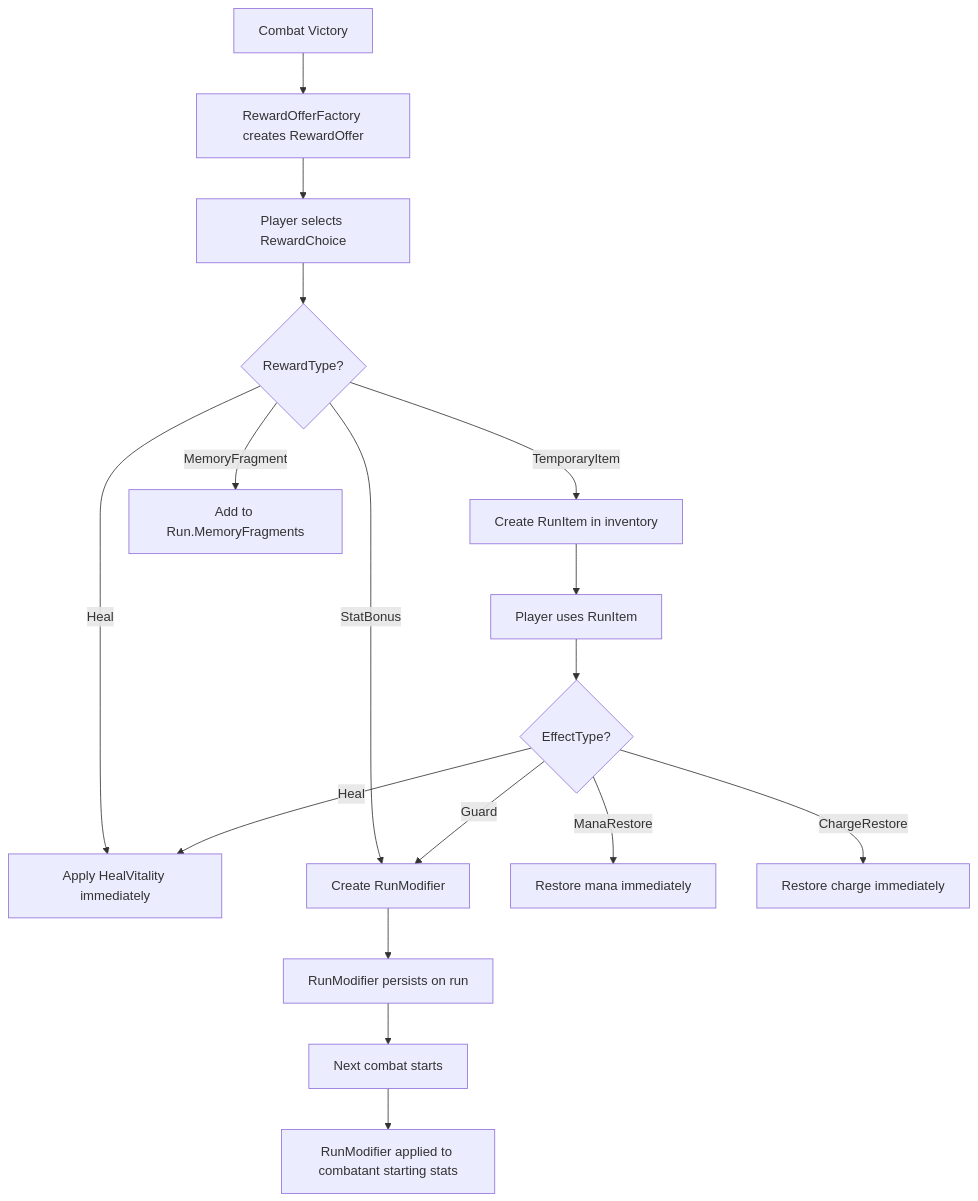
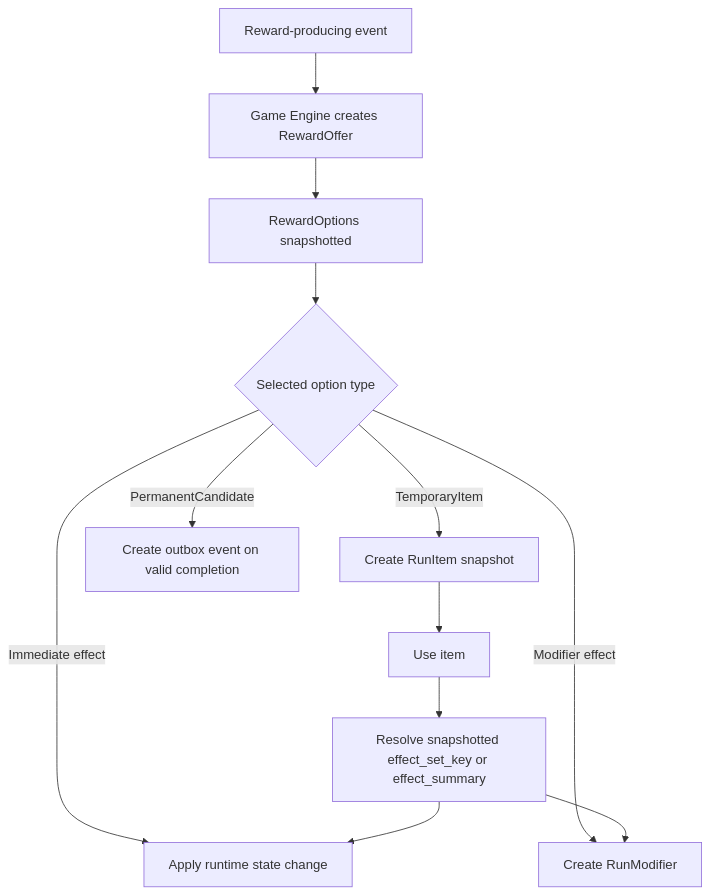
One commit to ThomasZadikian/lepopee-des-silences changed the first of 2 diagrams in docs/data-model/07-reward-item-law-curse-model.md. Above: the diagram before and after it, drawn with Mermaid. The commit also changed other lines of this file and 12 other files, not shown here.

````diff
--- a/docs/data-model/07-reward-item-law-curse-model.md
+++ b/docs/data-model/07-reward-item-law-curse-model.md
@@ -55,19 +69,14 @@
 ```mermaid
 flowchart TD
-    A[Combat Victory] --> B[RewardOfferFactory creates RewardOffer]
-    B --> C[Player selects RewardChoice]
-    C --> D{RewardType?}
-    D -->|Heal| E[Apply HealVitality immediately]
-    D -->|TemporaryItem| F[Create RunItem in inventory]
-    D -->|StatBonus| G[Create RunModifier]
-    D -->|MemoryFragment| H[Add to Run.MemoryFragments]
-    F --> I[Player uses RunItem]
-    I --> J{EffectType?}
-    J -->|Heal| E
-    J -->|Guard| G
-    J -->|ManaRestore| K[Restore mana immediately]
-    J -->|ChargeRestore| L[Restore charge immediately]
-    G --> M[RunModifier persists on run]
-    M --> N[Next combat starts]
-    N --> O[RunModifier applied to combatant starting stats]
+    A[Reward-producing event] --> B[Game Engine creates RewardOffer]
+    B --> C[RewardOptions snapshotted]
+    C --> D{Selected option type}
+    D -->|TemporaryItem| E[Create RunItem snapshot]
+    D -->|Immediate effect| F[Apply runtime state change]
+    D -->|Modifier effect| G[Create RunModifier]
+    D -->|PermanentCandidate| H[Create outbox event on valid completion]
+    E --> I[Use item]
+    I --> J[Resolve snapshotted effect_set_key or effect_summary]
+    J --> F
+    J --> G
 ```
````
